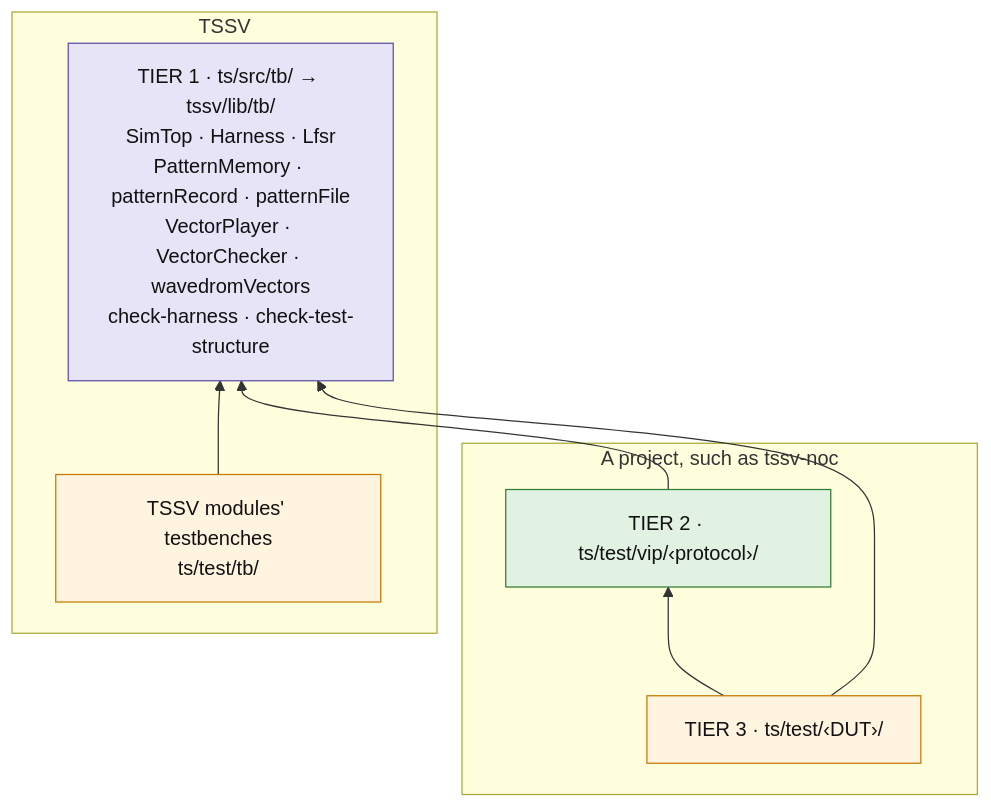
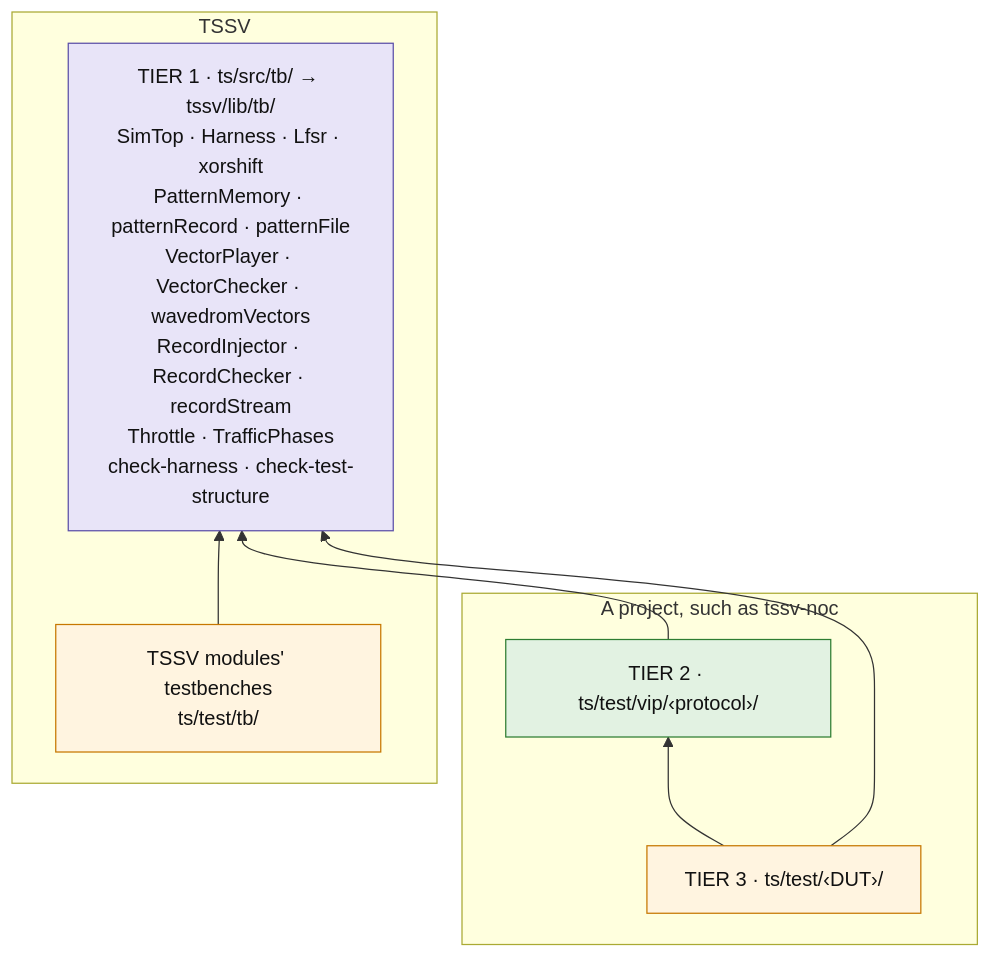
Before and after one commit to TypeScriptSystemVerilog/TSSV: the second of 4 diagrams in doc/framework/testbench.md, drawn with Mermaid. The commit also changed other lines of this file and 2 other files, not shown here.

````diff
--- a/doc/framework/testbench.md
+++ b/doc/framework/testbench.md
@@ -117,22 +118,22 @@
 ```mermaid
 flowchart BT
   subgraph TSSV["TSSV"]
-    T1["TIER 1 · ts/src/tb/ → tssv/lib/tb/<br/>SimTop · Harness · Lfsr<br/>PatternMemory · patternRecord · patternFile<br/>VectorPlayer · VectorChecker · wavedromVectors<br/>check-harness · check-test-structure"]
+    T1["TIER 1 · ts/src/tb/ → tssv/lib/tb/<br/>SimTop · Harness · Lfsr · xorshift<br/>PatternMemory · patternRecord · patternFile<br/>VectorPlayer · VectorChecker · wavedromVectors<br/>RecordInjector · RecordChecker · recordStream<br/>Throttle · TrafficPhases<br/>check-harness · check-test-structure"]
     TM["TSSV modules' testbenches<br/>ts/test/tb/"]
   end
   subgraph PRJ["A project, such as tssv-noc"]
     T2["TIER 2 · ts/test/vip/‹protocol›/"]
     T3["TIER 3 · ts/test/‹DUT›/"]
   end
   TM --> T1
   T2 --> T1
   T3 --> T2
   T3 --> T1
 
   classDef t1 fill:#e8e4f8,stroke:#5b4fa8,color:#111
   classDef t2 fill:#e2f2e2,stroke:#2e7d32,color:#111
   classDef t3 fill:#fff4e0,stroke:#c77700,color:#111
   class T1 t1
   class T2 t2
   class T3,TM t3
 ```
````
